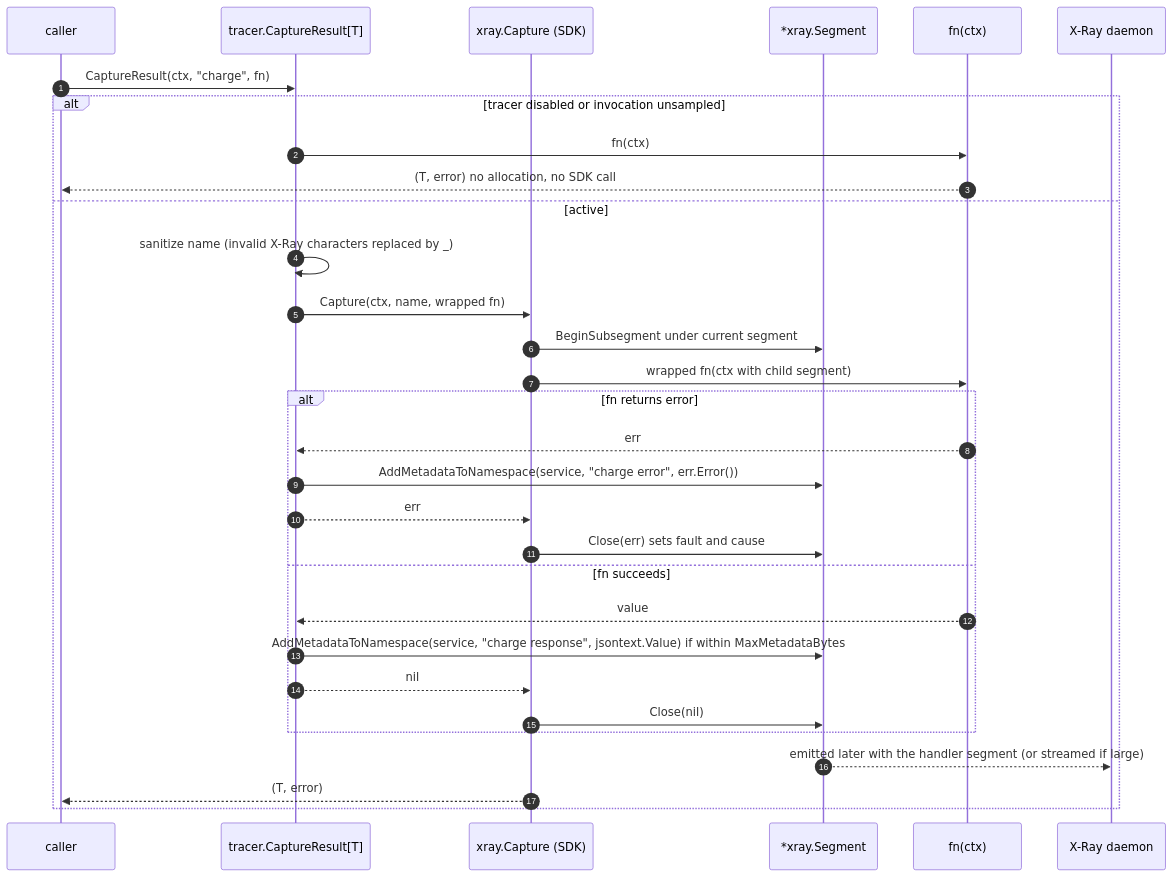
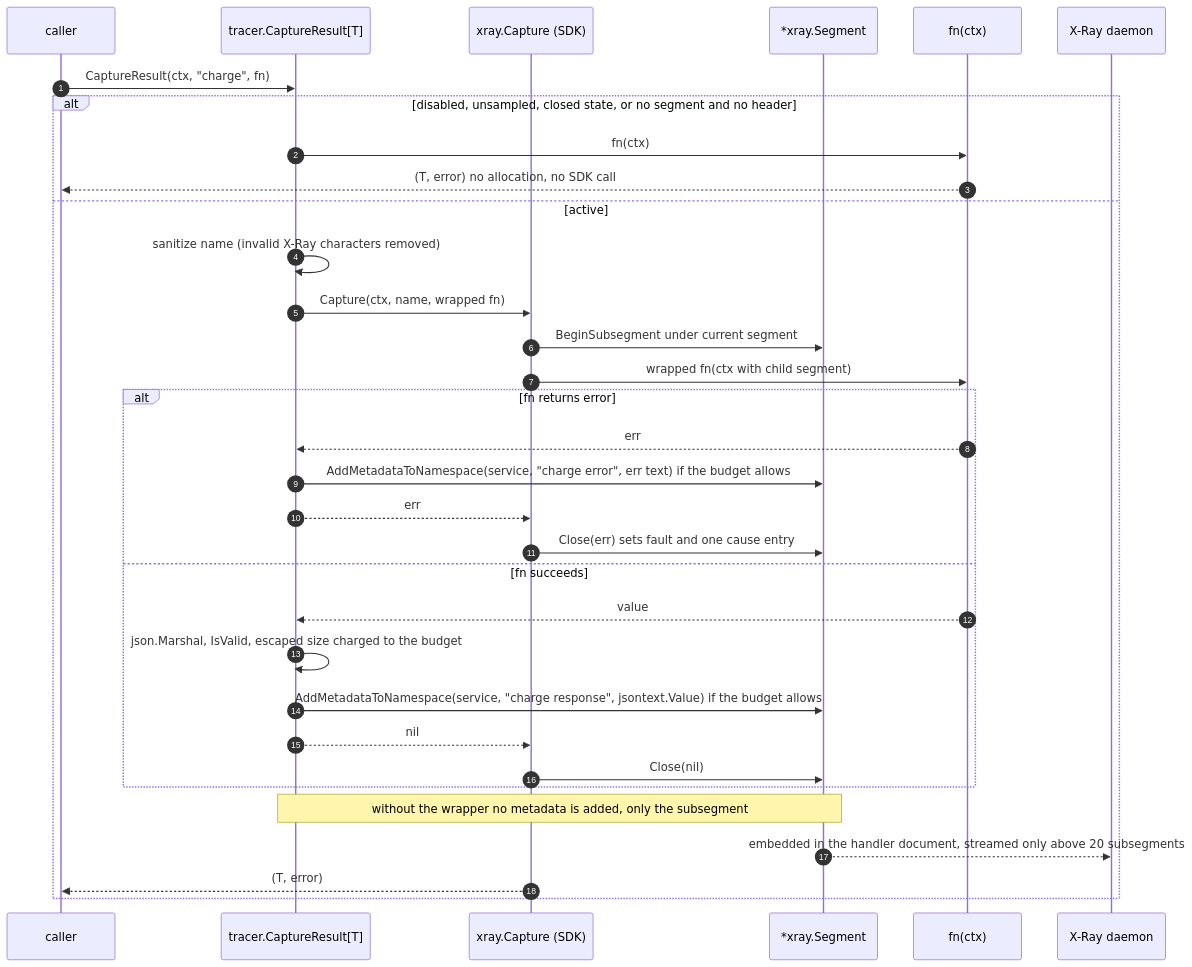
One commit to christiangda/powertools-lambda-go-plan changed the third of 4 diagrams in 04-tracer.md. Above: the diagram before and after it, drawn with Mermaid. The commit also changed other lines of this file and 11 other files, not shown here.

````diff
--- a/04-tracer.md
+++ b/04-tracer.md
@@ -188,33 +395,35 @@
 ```mermaid
 sequenceDiagram
   autonumber
   participant C as caller
   participant T as tracer.CaptureResult[T]
   participant X as xray.Capture (SDK)
   participant S as *xray.Segment
   participant F as fn(ctx)
   participant D as X-Ray daemon
   C->>T: CaptureResult(ctx, "charge", fn)
-  alt tracer disabled or invocation unsampled
+  alt disabled, unsampled, closed state, or no segment and no header
     T->>F: fn(ctx)
     F-->>C: (T, error)  no allocation, no SDK call
   else active
-    T->>T: sanitize name (invalid X-Ray characters replaced by _)
+    T->>T: sanitize name (invalid X-Ray characters removed)
     T->>X: Capture(ctx, name, wrapped fn)
     X->>S: BeginSubsegment under current segment
     X->>F: wrapped fn(ctx with child segment)
     alt fn returns error
       F-->>T: err
-      T->>S: AddMetadataToNamespace(service, "charge error", err.Error())
+      T->>S: AddMetadataToNamespace(service, "charge error", err text) if the budget allows
       T-->>X: err
-      X->>S: Close(err) sets fault and cause
+      X->>S: Close(err) sets fault and one cause entry
     else fn succeeds
       F-->>T: value
-      T->>S: AddMetadataToNamespace(service, "charge response", jsontext.Value) if within MaxMetadataBytes
+      T->>T: json.Marshal, IsValid, escaped size charged to the budget
+      T->>S: AddMetadataToNamespace(service, "charge response", jsontext.Value) if the budget allows
       T-->>X: nil
       X->>S: Close(nil)
     end
-    S-->>D: emitted later with the handler segment (or streamed if large)
+    Note over T,S: without the wrapper no metadata is added, only the subsegment
+    S-->>D: embedded in the handler document, streamed only above 20 subsegments
     X-->>C: (T, error)
   end
 ```
````
